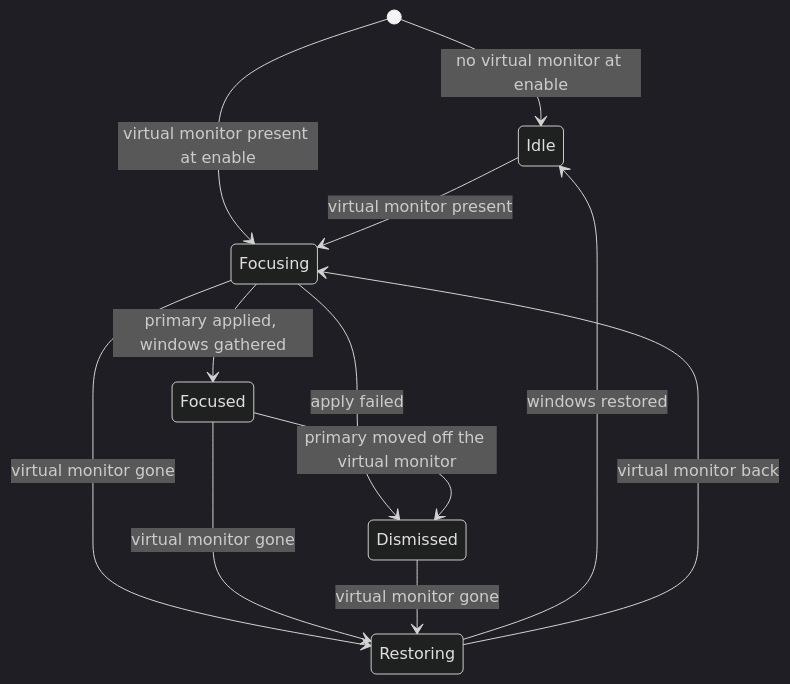
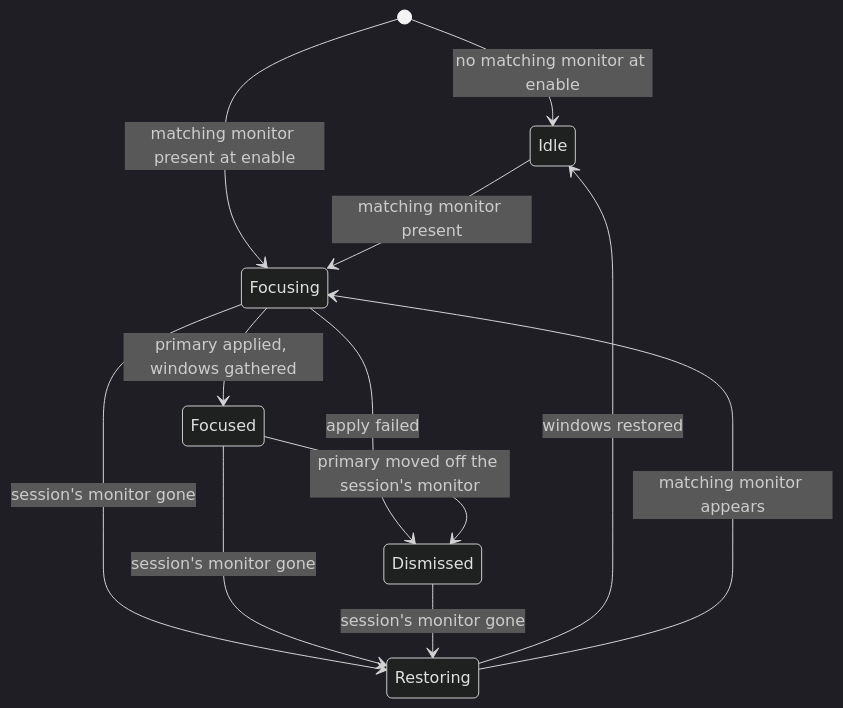
One commit to michal-b-bozek/rdp-primary-monitor changed the diagram in docs/design.md. Above: the diagram before and after it, drawn with Mermaid (dark theme). The commit also changed other lines of this file and 1 other file, not shown here.

First line of the commit message:
docs(adr): match the virtual monitor by vendor and product

````diff
--- a/docs/design.md
+++ b/docs/design.md
@@ -36,14 +36,14 @@
 ```mermaid
 stateDiagram-v2
-    [*] --> Idle: no virtual monitor at enable
-    [*] --> Focusing: virtual monitor present at enable
-    Idle --> Focusing: virtual monitor present
+    [*] --> Idle: no matching monitor at enable
+    [*] --> Focusing: matching monitor present at enable
+    Idle --> Focusing: matching monitor present
     Focusing --> Focused: primary applied, windows gathered
-    Focusing --> Restoring: virtual monitor gone
+    Focusing --> Restoring: session's monitor gone
     Focusing --> Dismissed: apply failed
-    Focused --> Restoring: virtual monitor gone
-    Focused --> Dismissed: primary moved off the virtual monitor
-    Dismissed --> Restoring: virtual monitor gone
+    Focused --> Restoring: session's monitor gone
+    Focused --> Dismissed: primary moved off the session's monitor
+    Dismissed --> Restoring: session's monitor gone
     Restoring --> Idle: windows restored
-    Restoring --> Focusing: virtual monitor back
+    Restoring --> Focusing: matching monitor appears
 ```
````
